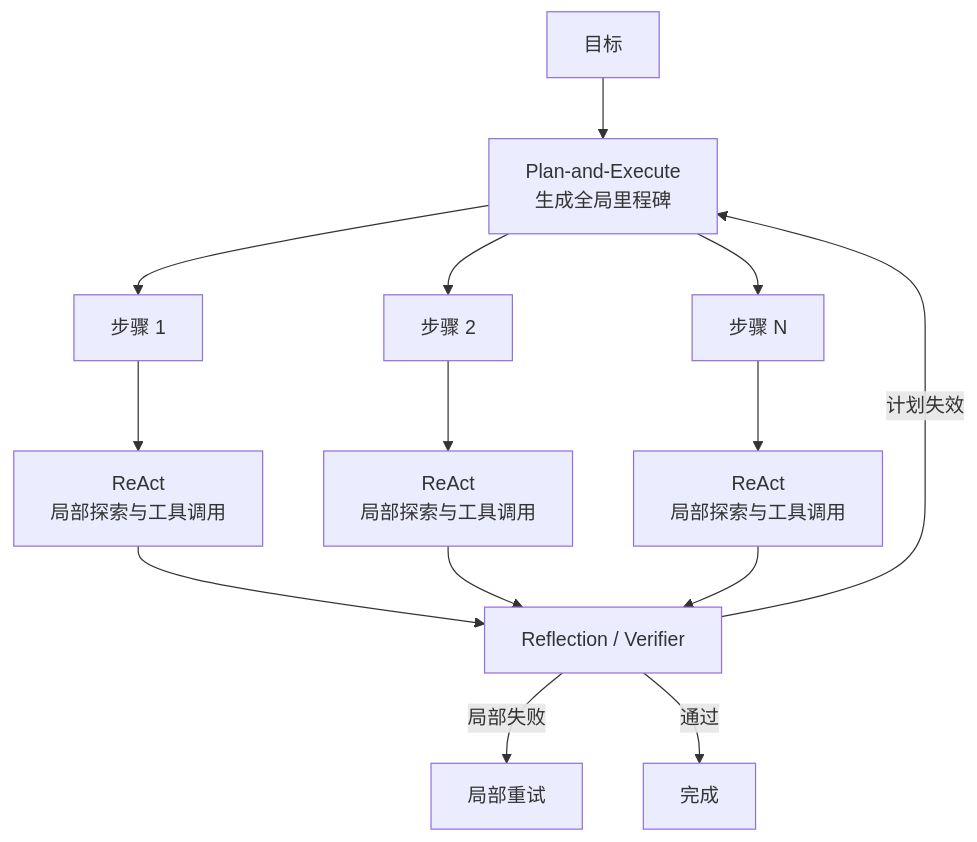
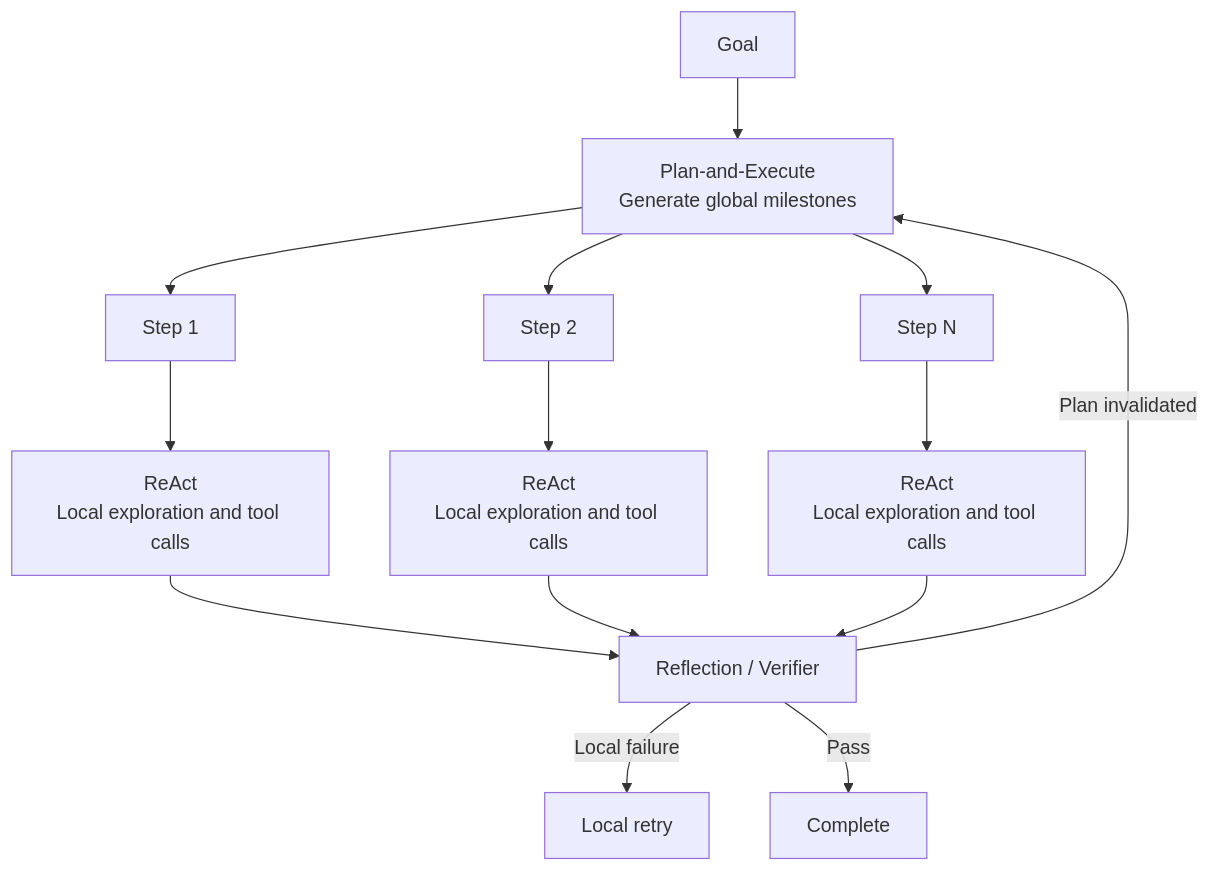
The eighth of 10 diagrams in docs/agent/02-reasoning-planning/04-agent-design-patterns.md (oneleaveknowsthefall/awesome-ai-roadmap), drawn with Mermaid before and after one commit. The commit also changed other lines of this file and 68 other files, not shown here.

````diff
--- a/docs/agent/02-reasoning-planning/04-agent-design-patterns.md
+++ b/docs/agent/02-reasoning-planning/04-agent-design-patterns.md
@@ -434,19 +438,19 @@
 ```mermaid
 flowchart TB
-    G[目标] --> P[Plan-and-Execute<br/>生成全局里程碑]
-    P --> S1[步骤 1]
-    P --> S2[步骤 2]
-    P --> S3[步骤 N]
+    G[Goal] --> P[Plan-and-Execute<br/>Generate global milestones]
+    P --> S1[Step 1]
+    P --> S2[Step 2]
+    P --> S3[Step N]
 
-    S1 --> R1[ReAct<br/>局部探索与工具调用]
-    S2 --> R2[ReAct<br/>局部探索与工具调用]
-    S3 --> R3[ReAct<br/>局部探索与工具调用]
+    S1 --> R1[ReAct<br/>Local exploration and tool calls]
+    S2 --> R2[ReAct<br/>Local exploration and tool calls]
+    S3 --> R3[ReAct<br/>Local exploration and tool calls]
 
     R1 --> V[Reflection / Verifier]
     R2 --> V
     R3 --> V
 
-    V -->|局部失败| RETRY[局部重试]
-    V -->|计划失效| P
-    V -->|通过| DONE[完成]
+    V -->|Local failure| RETRY[Local retry]
+    V -->|Plan invalidated| P
+    V -->|Pass| DONE[Complete]
 ```
````
